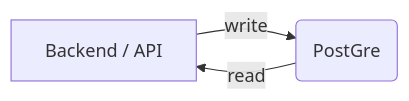
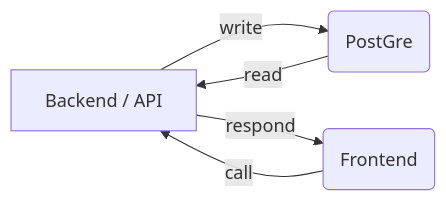
The diagram in README.md (mancsego/dbp), drawn with Mermaid before and after one commit.

Commit message:
Add extra diagram

````diff
--- a/README.md
+++ b/README.md
@@ -51,5 +51,7 @@
 ```mermaid
 graph LR
 A[Backend / API] -- write --> B(PostGre)
 B(PostGre) -- read --> A
+C(Frontend) -- call --> A
+A -- respond --> C
 ```
````
